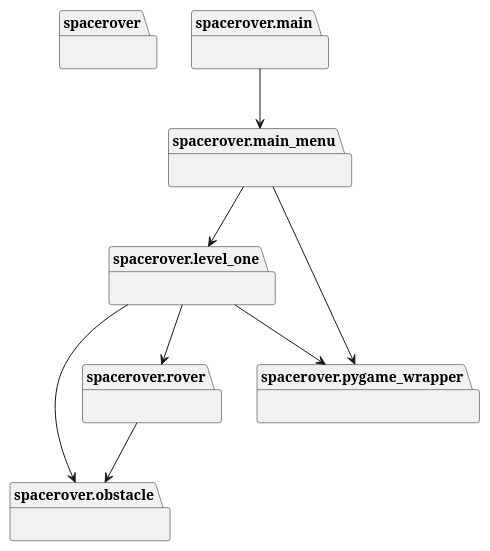
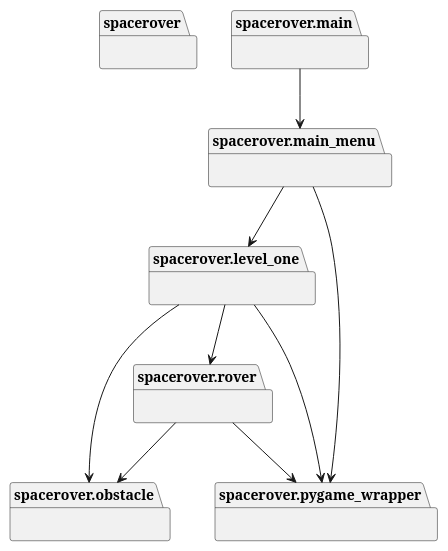
One commit to teko-L-TIN-22-Di-a/rover changed the diagram in images/packages.puml. Above: the diagram before and after it, drawn with PlantUML. The commit also changed 7 other files, not shown here.

```diff
--- a/images/packages.puml
+++ b/images/packages.puml
@@ -1,24 +1,25 @@
 @startuml packages
 set namespaceSeparator none
 package "spacerover" as spacerover {
 }
 package "spacerover.level_one" as spacerover.level_one {
 }
 package "spacerover.main" as spacerover.main {
 }
 package "spacerover.main_menu" as spacerover.main_menu {
 }
 package "spacerover.obstacle" as spacerover.obstacle {
 }
 package "spacerover.pygame_wrapper" as spacerover.pygame_wrapper {
 }
 package "spacerover.rover" as spacerover.rover {
 }
 spacerover.level_one --> spacerover.obstacle
 spacerover.level_one --> spacerover.pygame_wrapper
 spacerover.level_one --> spacerover.rover
 spacerover.main --> spacerover.main_menu
 spacerover.main_menu --> spacerover.level_one
 spacerover.main_menu --> spacerover.pygame_wrapper
 spacerover.rover --> spacerover.obstacle
+spacerover.rover --> spacerover.pygame_wrapper
 @enduml
```
